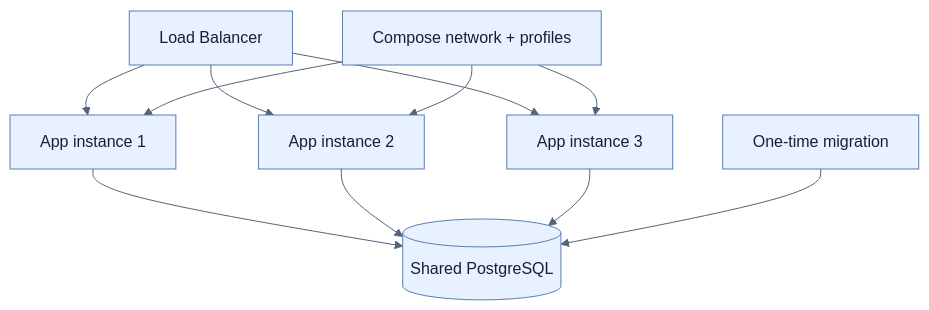
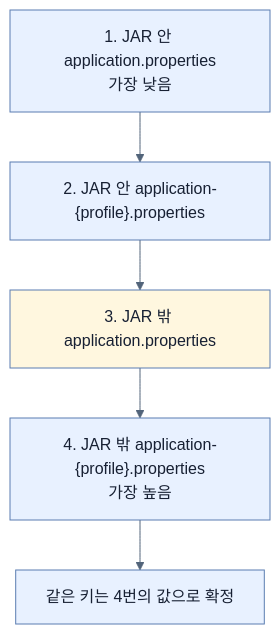
The first of 2 diagrams in spring-boot-4-pdf-notes/part-3-releasing-an-application-with-spring-boot/chapter-7-releasing-an-application-with-spring-boot/04-tuning-and-scaling-in-production.md (sing-u8/Learning_Spring_Boot_4), drawn with Mermaid before and after one commit. The commit also changed other lines of this file and 253 other files, not shown here.

````diff
--- a/spring-boot-4-pdf-notes/part-3-releasing-an-application-with-spring-boot/chapter-7-releasing-an-application-with-spring-boot/04-tuning-and-scaling-in-production.md
+++ b/spring-boot-4-pdf-notes/part-3-releasing-an-application-with-spring-boot/chapter-7-releasing-an-application-with-spring-boot/04-tuning-and-scaling-in-production.md
@@ -28,14 +95,9 @@
 ```mermaid
 %%{init: {'theme': 'base', 'themeVariables': {'background': '#ffffff', 'primaryColor': '#e8f1ff', 'primaryTextColor': '#172033', 'primaryBorderColor': '#5b7db1', 'lineColor': '#52647a', 'secondaryColor': '#f7fbff', 'tertiaryColor': '#fff7df'}}}%%
 flowchart TD
-    L[Load Balancer] --> A1[App instance 1]
-    L --> A2[App instance 2]
-    L --> A3[App instance 3]
-    A1 --> P[(Shared PostgreSQL)]
-    A2 --> P
-    A3 --> P
-    C[Compose network + profiles] --> A1
-    C --> A2
-    C --> A3
-    M[One-time migration] --> P
+    A["1. JAR 안 application.properties<br/>가장 낮음"] --> B["2. JAR 안 application-{profile}.properties"]
+    B --> C["3. JAR 밖 application.properties"]
+    C --> D["4. JAR 밖 application-{profile}.properties<br/>가장 높음"]
+    D --> R["같은 키는 4번의 값으로 확정"]
+    style C fill:#fff7df
 ```
````
